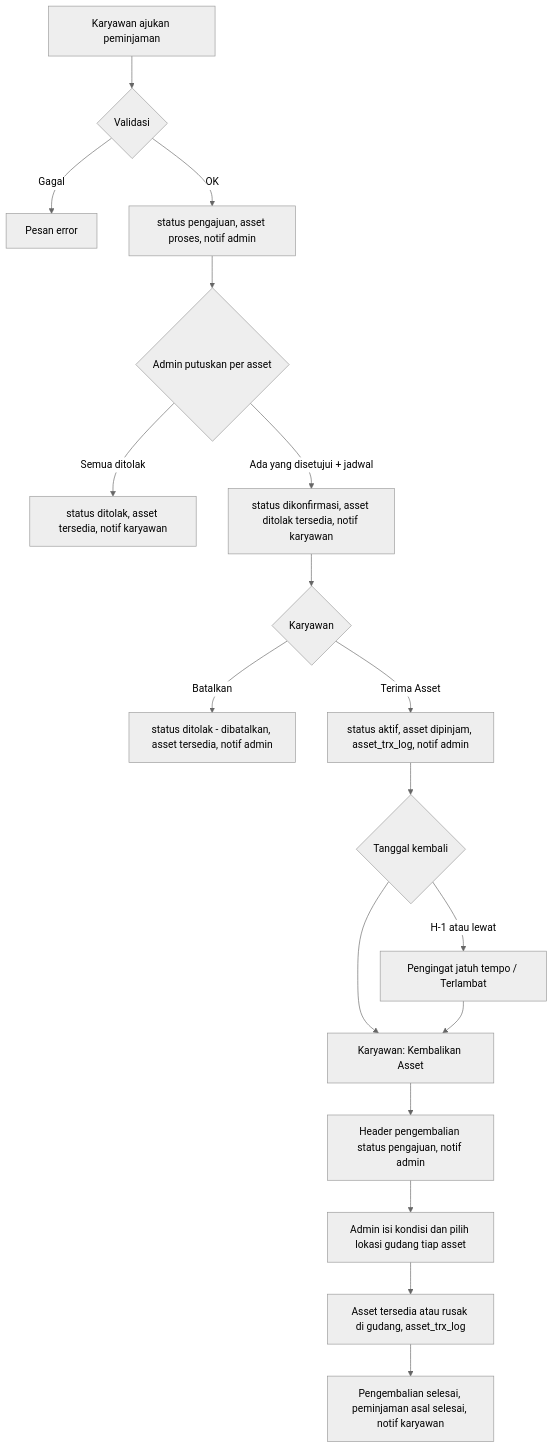
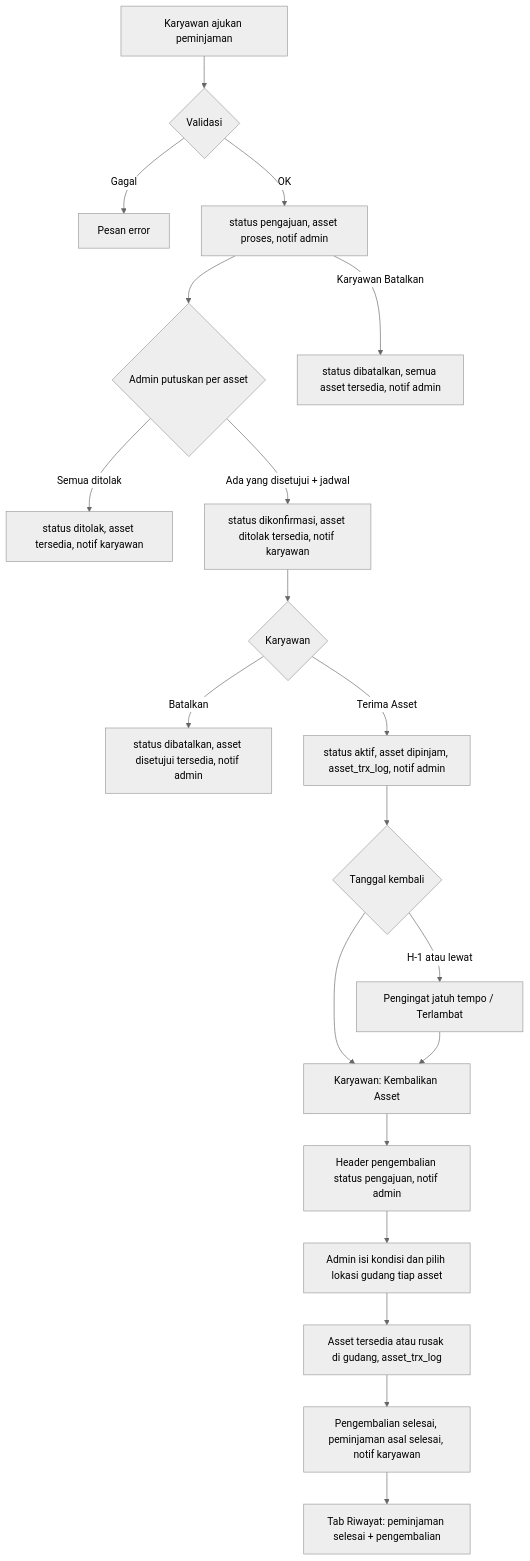
The first of 6 diagrams in dokumentasi-asset-peminjaman-karyawan.md (setiyawan12/DOKUMENTASI-ASSET), drawn with Mermaid (neutral theme) before and after one commit. The commit also changed other lines of this file and 6 other files, not shown here.

````diff
--- a/dokumentasi-asset-peminjaman-karyawan.md
+++ b/dokumentasi-asset-peminjaman-karyawan.md
@@ -253,20 +275,22 @@
 ```mermaid
 flowchart TD
     A[Karyawan ajukan peminjaman] --> B{Validasi}
     B -->|Gagal| X[Pesan error]
     B -->|OK| C[status pengajuan, asset proses, notif admin]
     C --> D{Admin putuskan per asset}
+    C -->|Karyawan Batalkan| H0[status dibatalkan, semua asset tersedia, notif admin]
     D -->|Semua ditolak| E[status ditolak, asset tersedia, notif karyawan]
     D -->|Ada yang disetujui + jadwal| F[status dikonfirmasi, asset ditolak tersedia, notif karyawan]
     F --> G{Karyawan}
-    G -->|Batalkan| H[status ditolak - dibatalkan, asset tersedia, notif admin]
+    G -->|Batalkan| H[status dibatalkan, asset disetujui tersedia, notif admin]
     G -->|Terima Asset| I[status aktif, asset dipinjam, asset_trx_log, notif admin]
     I --> J{Tanggal kembali}
     J -->|H-1 atau lewat| K[Pengingat jatuh tempo / Terlambat]
     J --> L[Karyawan: Kembalikan Asset]
     K --> L
     L --> M[Header pengembalian status pengajuan, notif admin]
     M --> N[Admin isi kondisi dan pilih lokasi gudang tiap asset]
     N --> O[Asset tersedia atau rusak di gudang, asset_trx_log]
     O --> P[Pengembalian selesai, peminjaman asal selesai, notif karyawan]
+    P --> Q[Tab Riwayat: peminjaman selesai + pengembalian]
 ```
````
